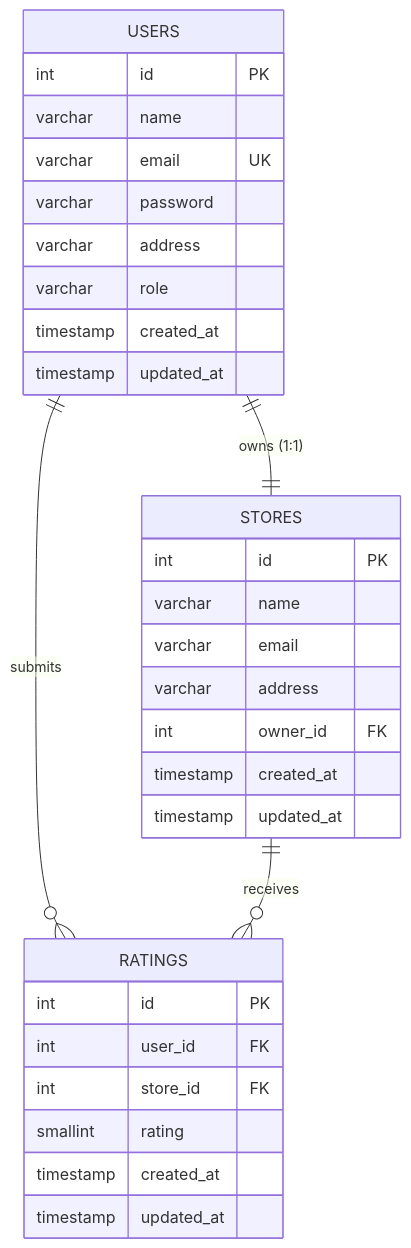
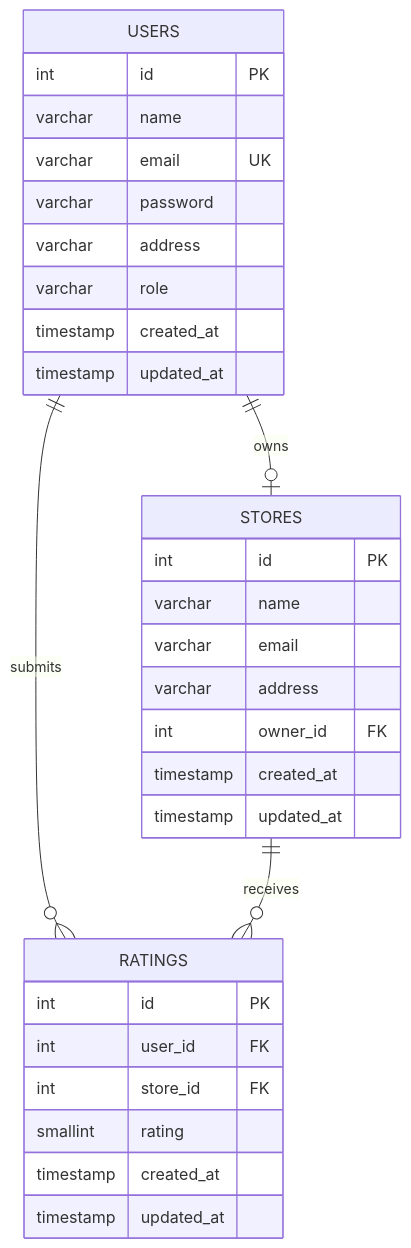
One commit to codesbyuday/roxiler-store-rating changed the diagram in backend/src/db/ARCHITECTURE.md. Above: the diagram before and after it, drawn with Mermaid. The commit also changed other lines of this file and 11 other files, not shown here.

````diff
--- a/backend/src/db/ARCHITECTURE.md
+++ b/backend/src/db/ARCHITECTURE.md
@@ -9,36 +9,36 @@
 ```mermaid
 erDiagram
     USERS ||--o{ RATINGS : submits
-    USERS ||--|| STORES : "owns (1:1)"
+    USERS ||--o| STORES : owns
     STORES ||--o{ RATINGS : receives
 
     USERS {
         int id PK
         varchar name
         varchar email UK
         varchar password
         varchar address
         varchar role
         timestamp created_at
         timestamp updated_at
     }
 
     STORES {
         int id PK
         varchar name
         varchar email
         varchar address
         int owner_id FK
         timestamp created_at
         timestamp updated_at
     }
 
     RATINGS {
         int id PK
         int user_id FK
         int store_id FK
         smallint rating
         timestamp created_at
         timestamp updated_at
     }
 ```
````
